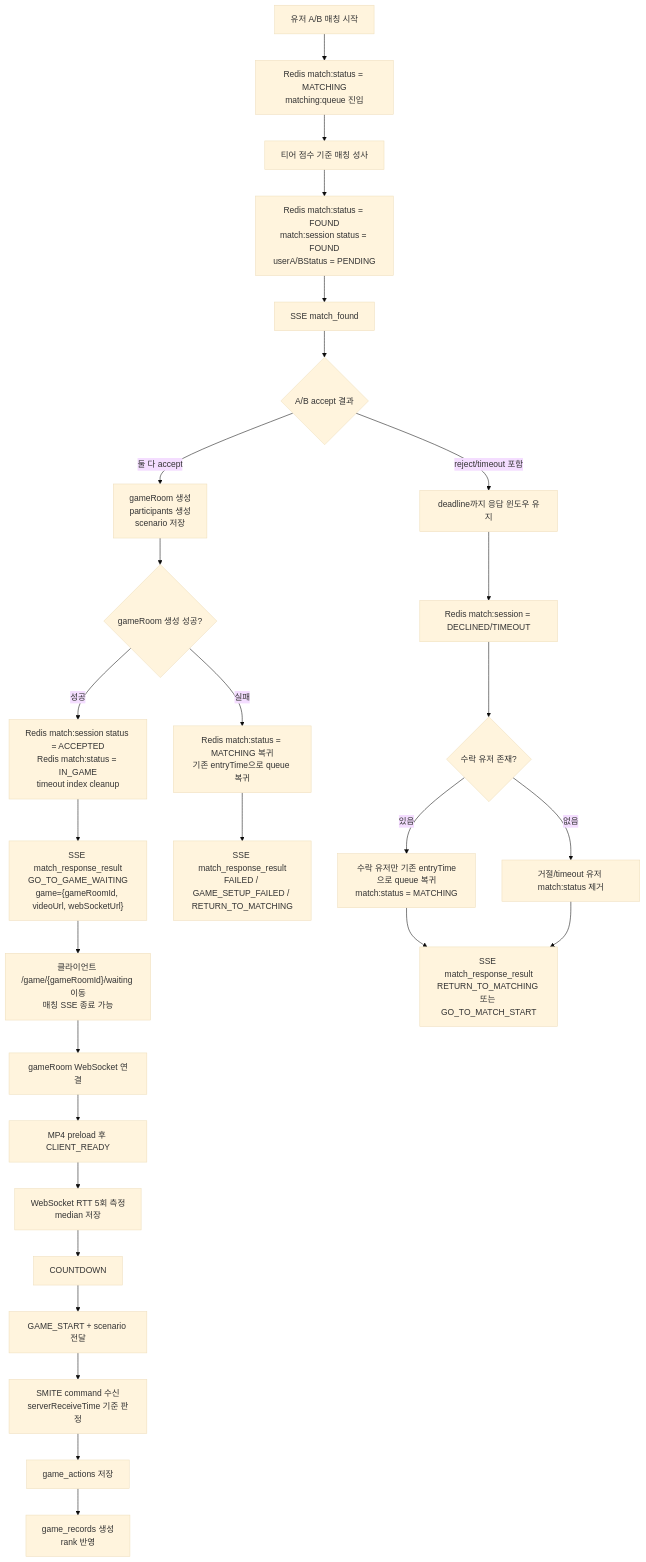
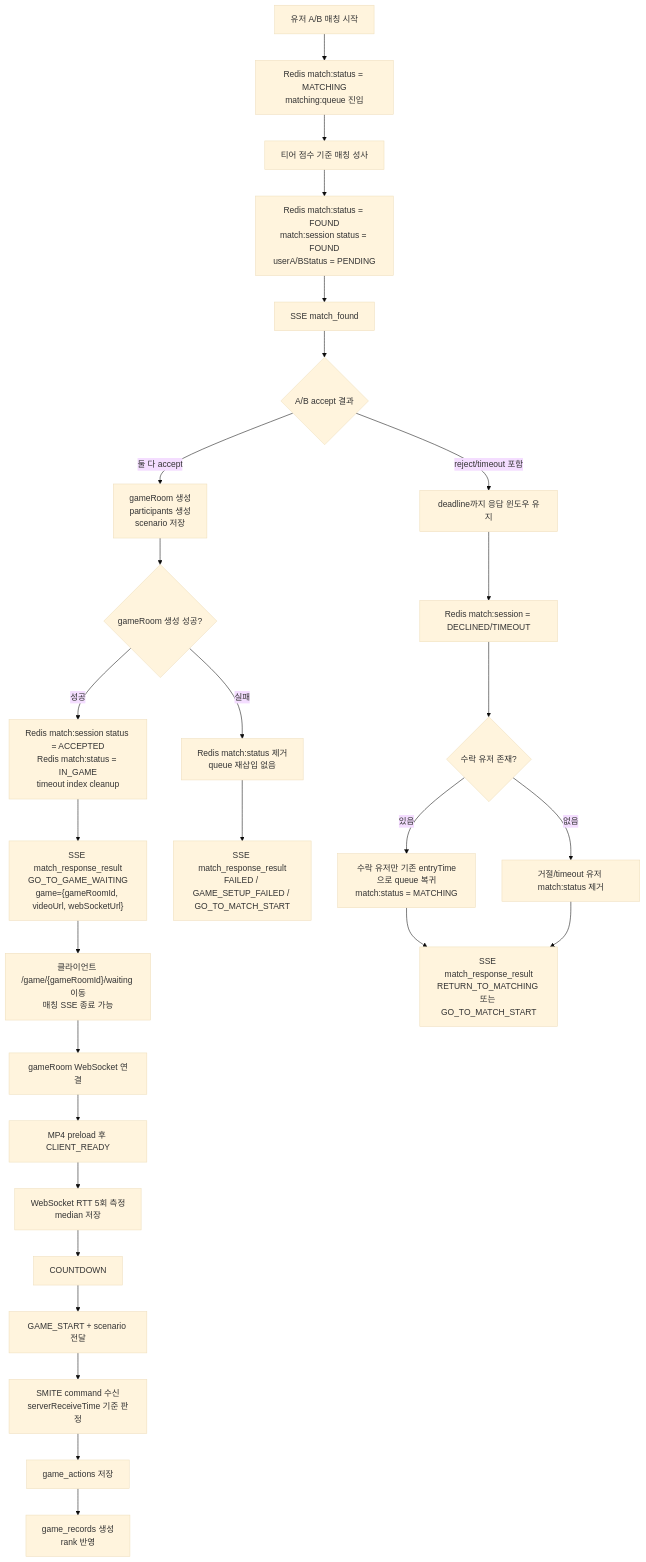
The diagram in docs/antigravity/backend/plan-checkpoint.md (moonwhistle/League-of-Star), drawn with Mermaid (base theme) before and after one commit. The commit also changed other lines of this file and 12 other files, not shown here.

````diff
--- a/docs/antigravity/backend/plan-checkpoint.md
+++ b/docs/antigravity/backend/plan-checkpoint.md
@@ -5,33 +5,33 @@
 ```mermaid
 flowchart TD
     A["유저 A/B 매칭 시작"] --> B["Redis match:status = MATCHING<br/>matching:queue 진입"]
     B --> C["티어 점수 기준 매칭 성사"]
     C --> D["Redis match:status = FOUND<br/>match:session status = FOUND<br/>userA/BStatus = PENDING"]
     D --> E["SSE match_found"]
     E --> F{"A/B accept 결과"}
 
     F -->|"둘 다 accept"| G["gameRoom 생성<br/>participants 생성<br/>scenario 저장"]
     G --> H{"gameRoom 생성 성공?"}
     H -->|"성공"| I["Redis match:session status = ACCEPTED<br/>Redis match:status = IN_GAME<br/>timeout index cleanup"]
     I --> J["SSE match_response_result<br/>GO_TO_GAME_WAITING<br/>game={gameRoomId, videoUrl, webSocketUrl}"]
     J --> K["클라이언트 /game/{gameRoomId}/waiting 이동<br/>매칭 SSE 종료 가능"]
     K --> L["gameRoom WebSocket 연결"]
     L --> M["MP4 preload 후 CLIENT_READY"]
     M --> N["WebSocket RTT 5회 측정<br/>median 저장"]
     N --> O["COUNTDOWN"]
     O --> P["GAME_START + scenario 전달"]
     P --> Q["SMITE command 수신<br/>serverReceiveTime 기준 판정"]
     Q --> R["game_actions 저장"]
     R --> S["game_records 생성<br/>rank 반영"]
 
-    H -->|"실패"| T["Redis match:status = MATCHING 복귀<br/>기존 entryTime으로 queue 복귀"]
-    T --> U["SSE match_response_result<br/>FAILED / GAME_SETUP_FAILED / RETURN_TO_MATCHING"]
+    H -->|"실패"| T["Redis match:status 제거<br/>queue 재삽입 없음"]
+    T --> U["SSE match_response_result<br/>FAILED / GAME_SETUP_FAILED / GO_TO_MATCH_START"]
 
     F -->|"reject/timeout 포함"| V["deadline까지 응답 윈도우 유지"]
     V --> W["Redis match:session = DECLINED/TIMEOUT"]
     W --> X{"수락 유저 존재?"}
     X -->|"있음"| Y["수락 유저만 기존 entryTime으로 queue 복귀<br/>match:status = MATCHING"]
     X -->|"없음"| Z["거절/timeout 유저 match:status 제거"]
     Y --> AA["SSE match_response_result<br/>RETURN_TO_MATCHING 또는 GO_TO_MATCH_START"]
     Z --> AA
 ```
````
